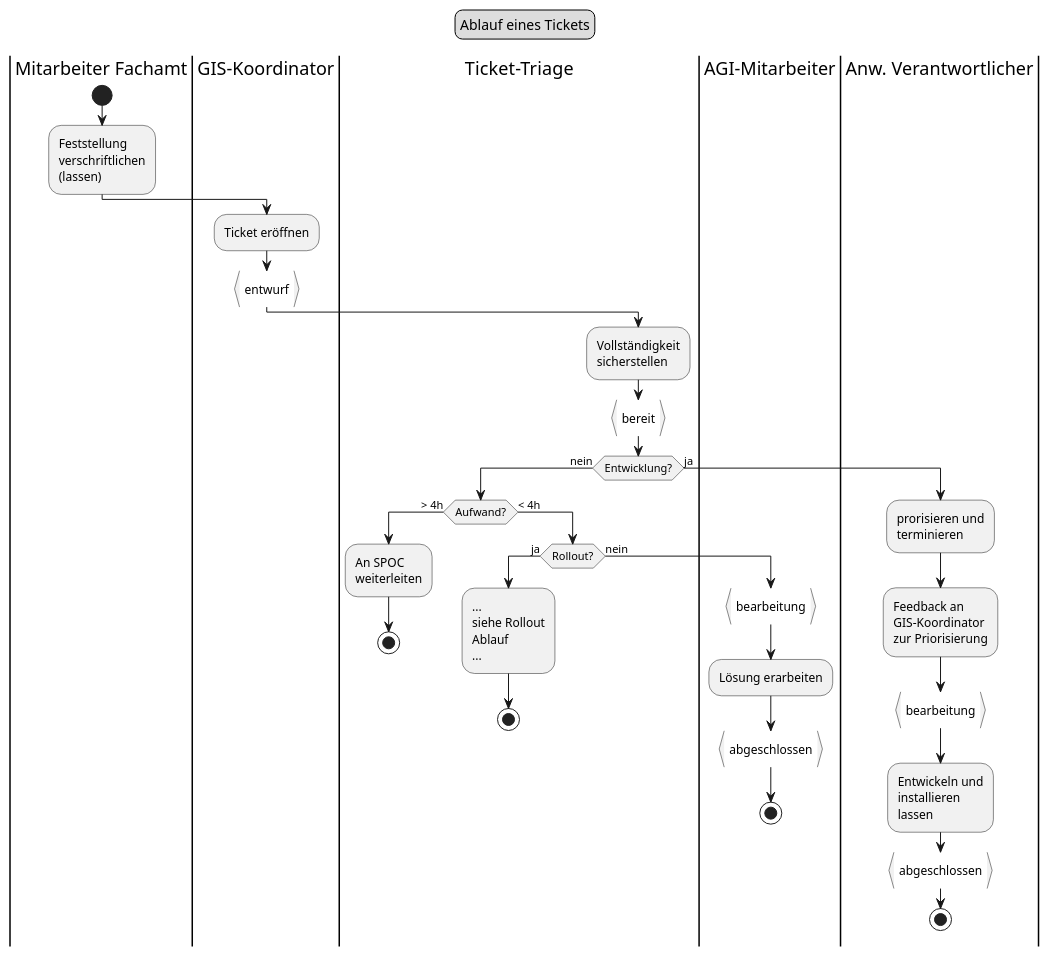
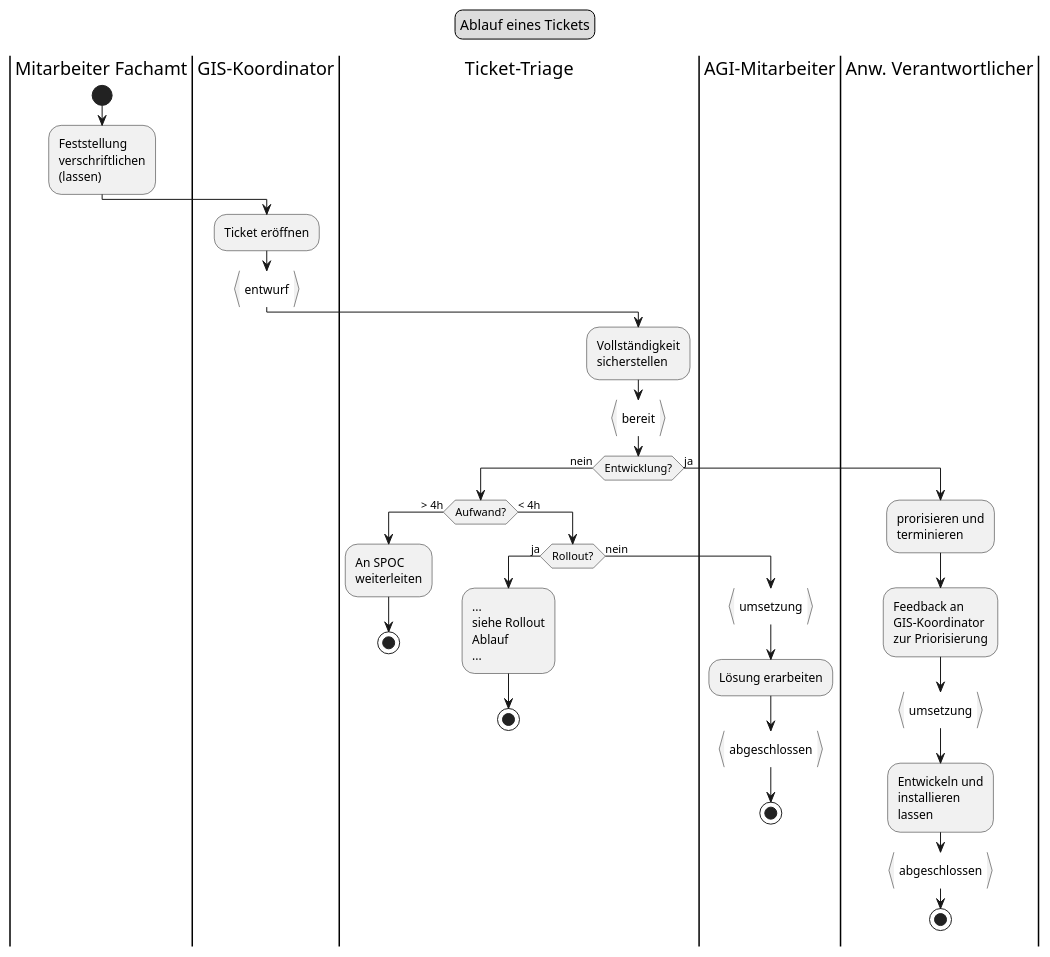
One commit to ojeker/docktick changed the diagram in puml/src/flow_ticket.puml. Above: the diagram before and after it, drawn with PlantUML. The commit also changed 3 other files, not shown here.

```diff
--- a/puml/src/flow_ticket.puml
+++ b/puml/src/flow_ticket.puml
@@ -1,51 +1,51 @@
 @startuml
 legend top
 	Ablauf eines Tickets
 end legend
 |Mitarbeiter Fachamt|
 start
 :Feststellung
 verschriftlichen
 (lassen);
 |GIS-Koordinator|
 :Ticket eröffnen;
 :entwurf}
 |Ticket-Triage|
 :Vollständigkeit
 sicherstellen;
 :bereit}
 if (Entwicklung?) then (nein)
   if (Aufwand?) then (> 4h)
     :An SPOC
     weiterleiten;
     stop
   else (< 4h)
   	if (Rollout?) then (ja)
       :...
       siehe Rollout
       Ablauf
       ...;
       stop
     else (nein)
       |AGI-Mitarbeiter|
-      :bearbeitung}
+      :umsetzung}
       :Lösung erarbeiten;
       :abgeschlossen}
       stop
     endif
   endif
 else (ja)
   |Anw. Verantwortlicher|
   :prorisieren und
   terminieren;
   :Feedback an
   GIS-Koordinator
   zur Priorisierung;
-  :bearbeitung}
+  :umsetzung}
   :Entwickeln und
   installieren
   lassen;
   :abgeschlossen}
   stop
 endif
 @enduml
```
